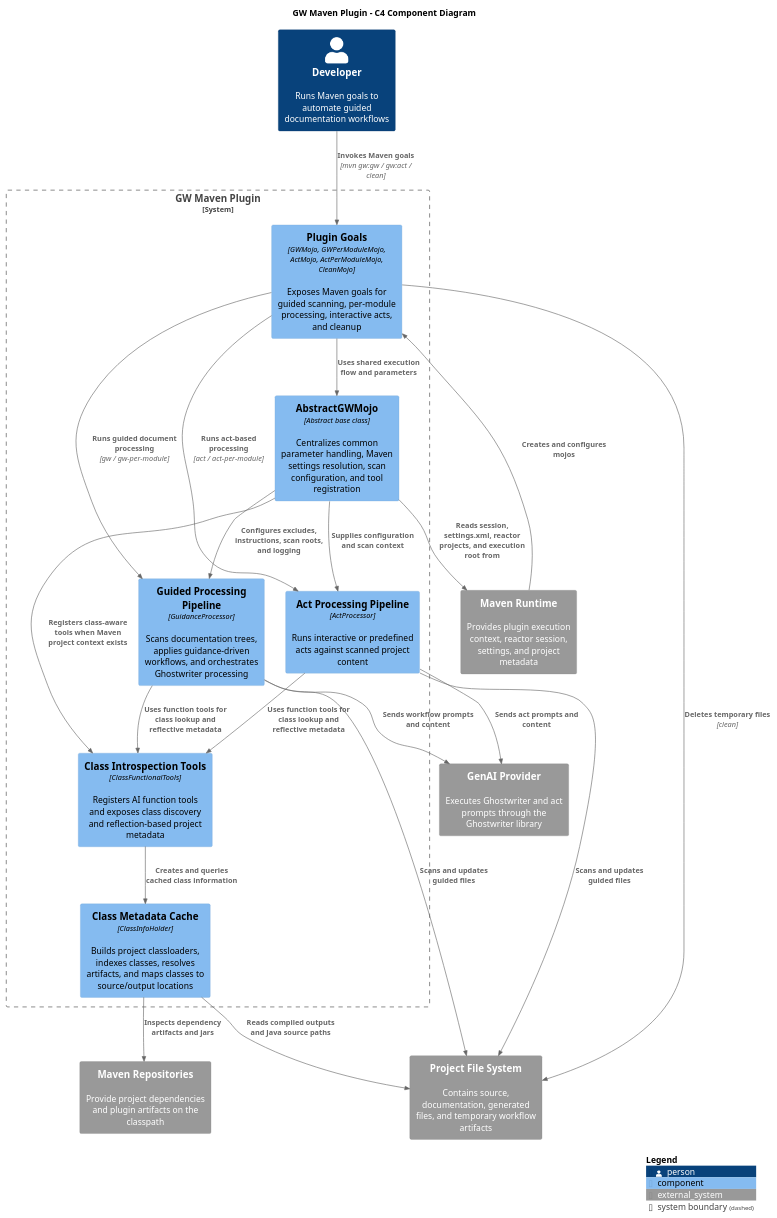
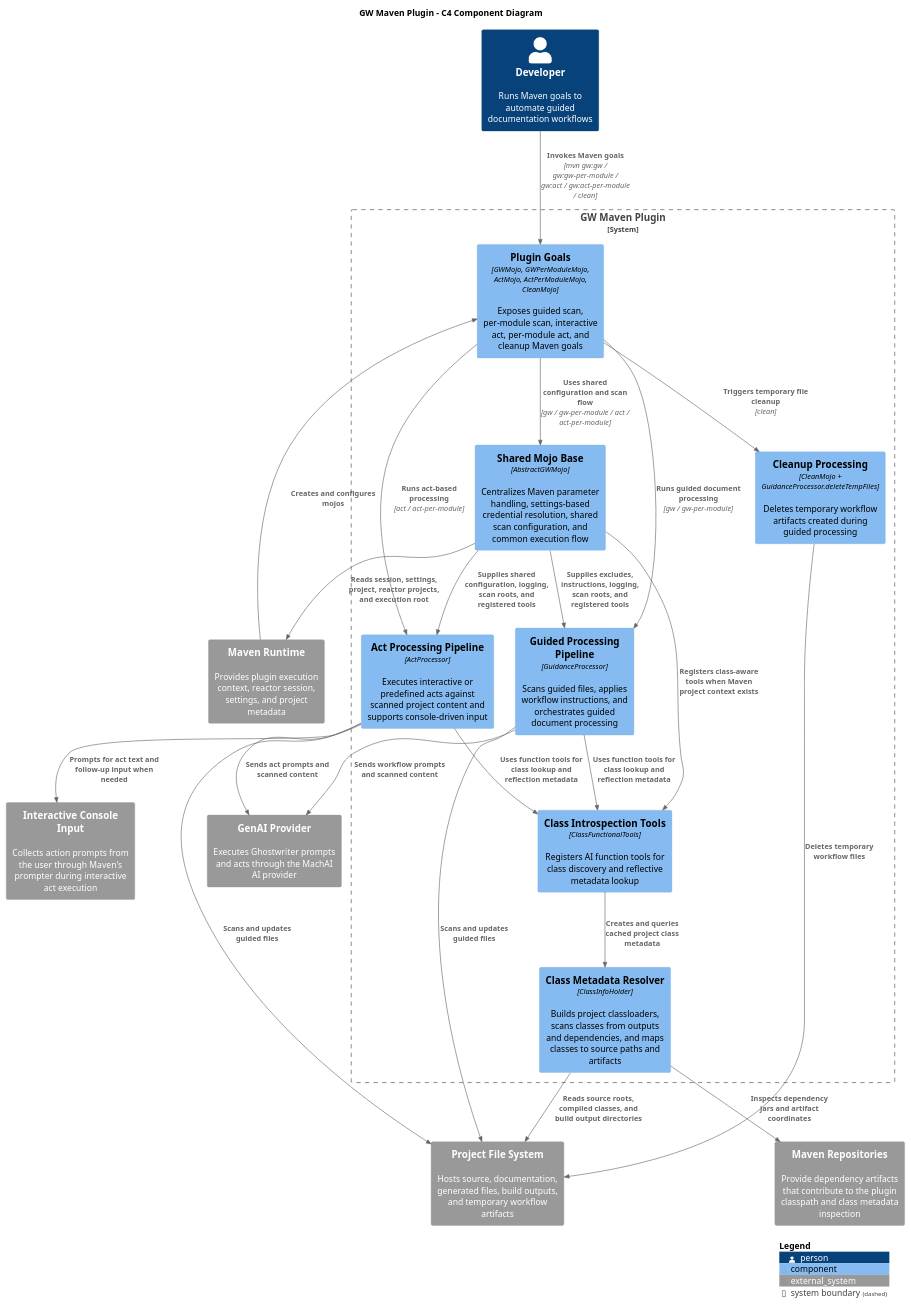
The diagram in gw-maven-plugin/src/site/puml/project-structure/c4-diagram.puml (machanism-org/machai), drawn with PlantUML before and after one commit. The commit also changed 62 other files, not shown here.

```diff
--- a/gw-maven-plugin/src/site/puml/project-structure/c4-diagram.puml
+++ b/gw-maven-plugin/src/site/puml/project-structure/c4-diagram.puml
@@ -10,42 +10,46 @@
 @startuml
 !include https://raw.githubusercontent.com/plantuml-stdlib/C4-PlantUML/master/C4_Component.puml
 
 title GW Maven Plugin - C4 Component Diagram
 
 Person(developer, "Developer", "Runs Maven goals to automate guided documentation workflows")
 System_Ext(mavenRuntime, "Maven Runtime", "Provides plugin execution context, reactor session, settings, and project metadata")
-System_Ext(genaiProvider, "GenAI Provider", "Executes Ghostwriter and act prompts through the Ghostwriter library")
-System_Ext(fileSystem, "Project File System", "Contains source, documentation, generated files, and temporary workflow artifacts")
-System_Ext(mavenRepo, "Maven Repositories", "Provide project dependencies and plugin artifacts on the classpath")
+System_Ext(genaiProvider, "GenAI Provider", "Executes Ghostwriter prompts and acts through the MachAI AI provider")
+System_Ext(fileSystem, "Project File System", "Hosts source, documentation, generated files, build outputs, and temporary workflow artifacts")
+System_Ext(mavenRepositories, "Maven Repositories", "Provide dependency artifacts that contribute to the plugin classpath and class metadata inspection")
+System_Ext(interactiveUserInput, "Interactive Console Input", "Collects action prompts from the user through Maven's prompter during interactive act execution")
 
 System_Boundary(gwPlugin, "GW Maven Plugin") {
-  Component(pluginGoals, "Plugin Goals", "GWMojo, GWPerModuleMojo, ActMojo, ActPerModuleMojo, CleanMojo", "Exposes Maven goals for guided scanning, per-module processing, interactive acts, and cleanup")
-  Component(sharedMojoBase, "AbstractGWMojo", "Abstract base class", "Centralizes common parameter handling, Maven settings resolution, scan configuration, and tool registration")
-  Component(guidedProcessing, "Guided Processing Pipeline", "GuidanceProcessor", "Scans documentation trees, applies guidance-driven workflows, and orchestrates Ghostwriter processing")
-  Component(actProcessing, "Act Processing Pipeline", "ActProcessor", "Runs interactive or predefined acts against scanned project content")
-  Component(classTools, "Class Introspection Tools", "ClassFunctionalTools", "Registers AI function tools and exposes class discovery and reflection-based project metadata")
-  Component(classMetadata, "Class Metadata Cache", "ClassInfoHolder", "Builds project classloaders, indexes classes, resolves artifacts, and maps classes to source/output locations")
+  Component(pluginGoals, "Plugin Goals", "GWMojo, GWPerModuleMojo, ActMojo, ActPerModuleMojo, CleanMojo", "Exposes guided scan, per-module scan, interactive act, per-module act, and cleanup Maven goals")
+  Component(sharedMojoBase, "Shared Mojo Base", "AbstractGWMojo", "Centralizes Maven parameter handling, settings-based credential resolution, shared scan configuration, and common execution flow")
+  Component(guidedProcessing, "Guided Processing Pipeline", "GuidanceProcessor", "Scans guided files, applies workflow instructions, and orchestrates guided document processing")
+  Component(actProcessing, "Act Processing Pipeline", "ActProcessor", "Executes interactive or predefined acts against scanned project content and supports console-driven input")
+  Component(cleanupProcessing, "Cleanup Processing", "CleanMojo + GuidanceProcessor.deleteTempFiles", "Deletes temporary workflow artifacts created during guided processing")
+  Component(classTools, "Class Introspection Tools", "ClassFunctionalTools", "Registers AI function tools for class discovery and reflective metadata lookup")
+  Component(classMetadata, "Class Metadata Resolver", "ClassInfoHolder", "Builds project classloaders, scans classes from outputs and dependencies, and maps classes to source paths and artifacts")
 }
 
-Rel(developer, pluginGoals, "Invokes Maven goals", "mvn gw:gw / gw:act / clean")
+Rel(developer, pluginGoals, "Invokes Maven goals", "mvn gw:gw / gw:gw-per-module / gw:act / gw:act-per-module / clean")
 Rel(mavenRuntime, pluginGoals, "Creates and configures mojos")
-Rel(pluginGoals, sharedMojoBase, "Uses shared execution flow and parameters")
+Rel(pluginGoals, sharedMojoBase, "Uses shared configuration and scan flow", "gw / gw-per-module / act / act-per-module")
 Rel(pluginGoals, guidedProcessing, "Runs guided document processing", "gw / gw-per-module")
 Rel(pluginGoals, actProcessing, "Runs act-based processing", "act / act-per-module")
-Rel(pluginGoals, fileSystem, "Deletes temporary files", "clean")
-Rel(sharedMojoBase, guidedProcessing, "Configures excludes, instructions, scan roots, and logging")
-Rel(sharedMojoBase, actProcessing, "Supplies configuration and scan context")
+Rel(pluginGoals, cleanupProcessing, "Triggers temporary file cleanup", "clean")
+Rel(sharedMojoBase, mavenRuntime, "Reads session, settings, project, reactor projects, and execution root")
+Rel(sharedMojoBase, guidedProcessing, "Supplies excludes, instructions, logging, scan roots, and registered tools")
+Rel(sharedMojoBase, actProcessing, "Supplies shared configuration, logging, scan roots, and registered tools")
 Rel(sharedMojoBase, classTools, "Registers class-aware tools when Maven project context exists")
+Rel(guidedProcessing, genaiProvider, "Sends workflow prompts and scanned content")
+Rel(actProcessing, genaiProvider, "Sends act prompts and scanned content")
+Rel(actProcessing, interactiveUserInput, "Prompts for act text and follow-up input when needed")
 Rel(guidedProcessing, fileSystem, "Scans and updates guided files")
 Rel(actProcessing, fileSystem, "Scans and updates guided files")
-Rel(guidedProcessing, genaiProvider, "Sends workflow prompts and content")
-Rel(actProcessing, genaiProvider, "Sends act prompts and content")
-Rel(classTools, classMetadata, "Creates and queries cached class information")
-Rel(classMetadata, mavenRepo, "Inspects dependency artifacts and jars")
-Rel(classMetadata, fileSystem, "Reads compiled outputs and Java source paths")
-Rel(sharedMojoBase, mavenRuntime, "Reads session, settings.xml, reactor projects, and execution root from")
-Rel(guidedProcessing, classTools, "Uses function tools for class lookup and reflective metadata")
-Rel(actProcessing, classTools, "Uses function tools for class lookup and reflective metadata")
+Rel(cleanupProcessing, fileSystem, "Deletes temporary workflow files")
+Rel(classTools, classMetadata, "Creates and queries cached project class metadata")
+Rel(classMetadata, fileSystem, "Reads source roots, compiled classes, and build output directories")
+Rel(classMetadata, mavenRepositories, "Inspects dependency jars and artifact coordinates")
+Rel(guidedProcessing, classTools, "Uses function tools for class lookup and reflection metadata")
+Rel(actProcessing, classTools, "Uses function tools for class lookup and reflection metadata")
 
 SHOW_LEGEND()
 @enduml
```
